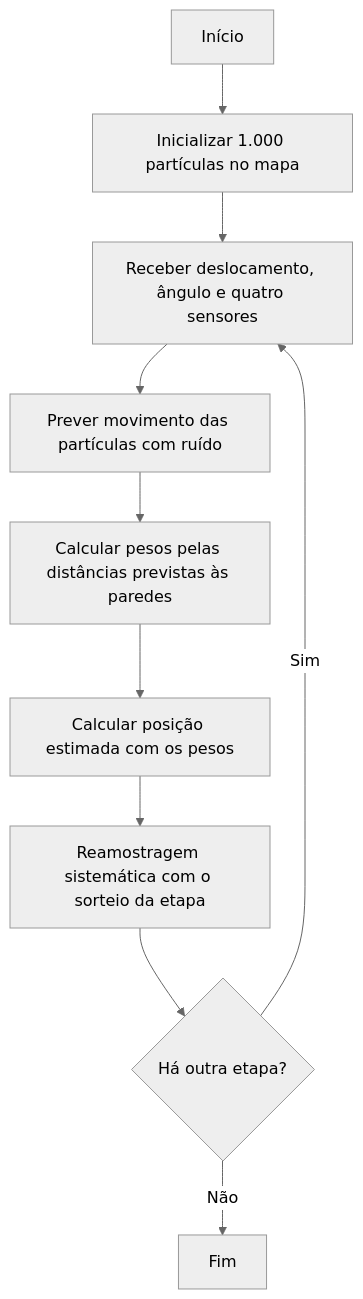
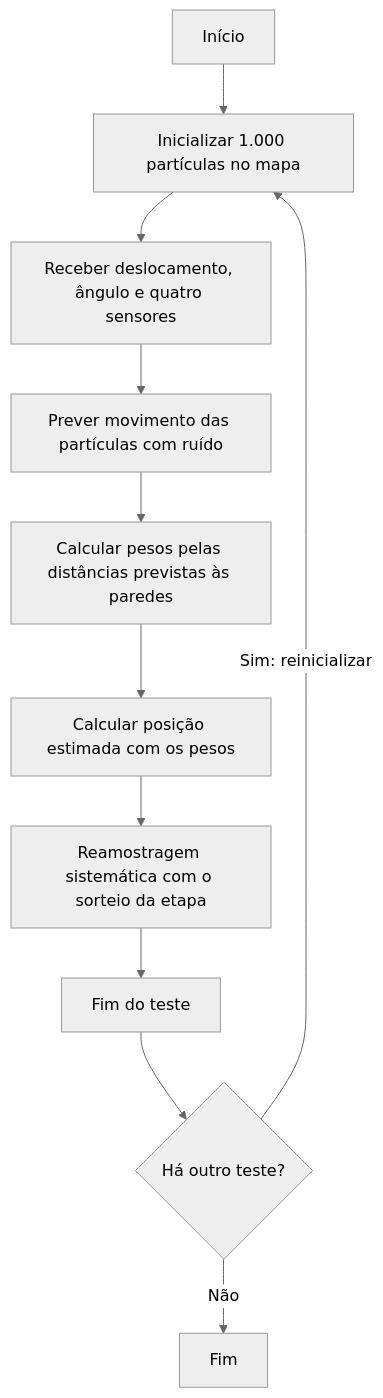
One commit to RichardBrendon/Particle-Filter changed the first of 2 diagrams in docs/funcionamento-e-validacao.md. Above: the diagram before and after it, drawn with Mermaid (neutral theme). The commit also changed other lines of this file, not shown here.

Commit message:
Atualiza funcionamento e validacao para testes de uma etapa

````diff
--- a/docs/funcionamento-e-validacao.md
+++ b/docs/funcionamento-e-validacao.md
@@ -9,12 +9,13 @@
 ```mermaid
 flowchart TD
     A[Início] --> B[Inicializar 1.000 partículas no mapa]
     B --> C[Receber deslocamento, ângulo e quatro sensores]
     C --> D[Prever movimento das partículas com ruído]
     D --> E[Calcular pesos pelas distâncias previstas às paredes]
     E --> F[Calcular posição estimada com os pesos]
     F --> G[Reamostragem sistemática com o sorteio da etapa]
-    G --> H{Há outra etapa?}
-    H -- Sim --> C
-    H -- Não --> I[Fim]
+    G --> H[Fim do teste]
+    H --> I{Há outro teste?}
+    I -- Sim: reinicializar --> B
+    I -- Não --> J[Fim]
 ```
````
